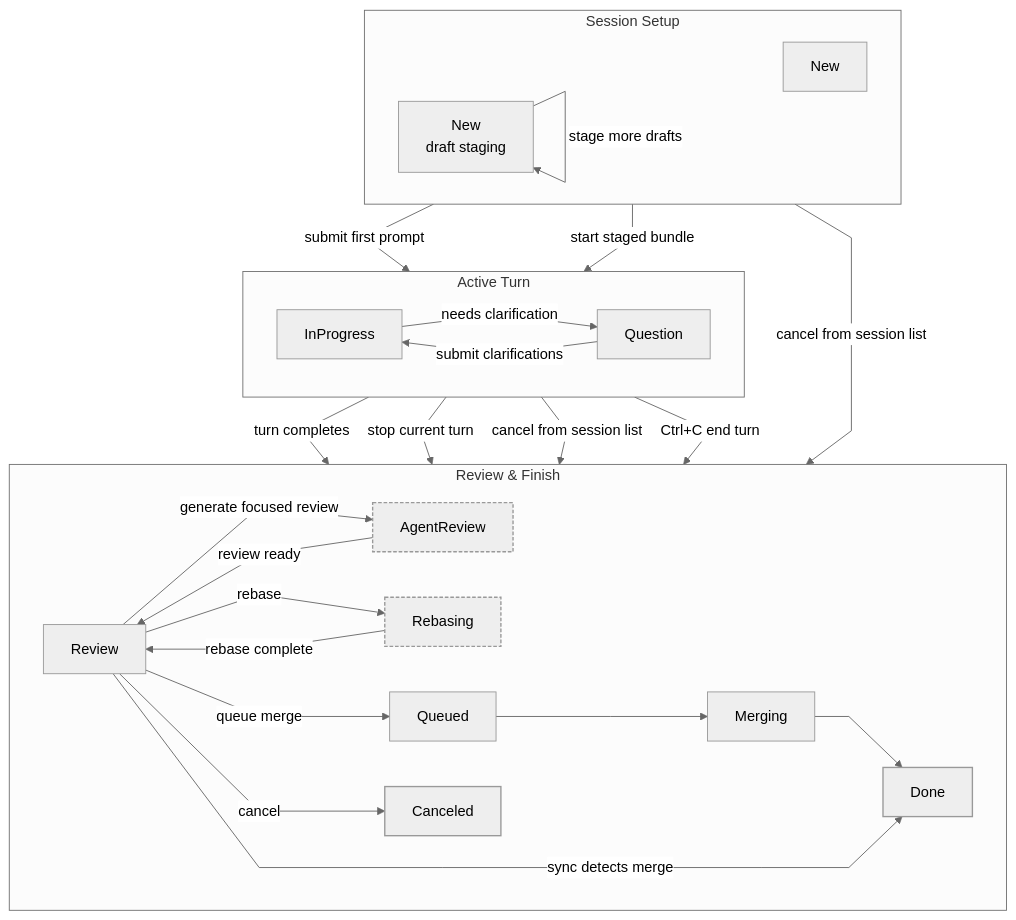
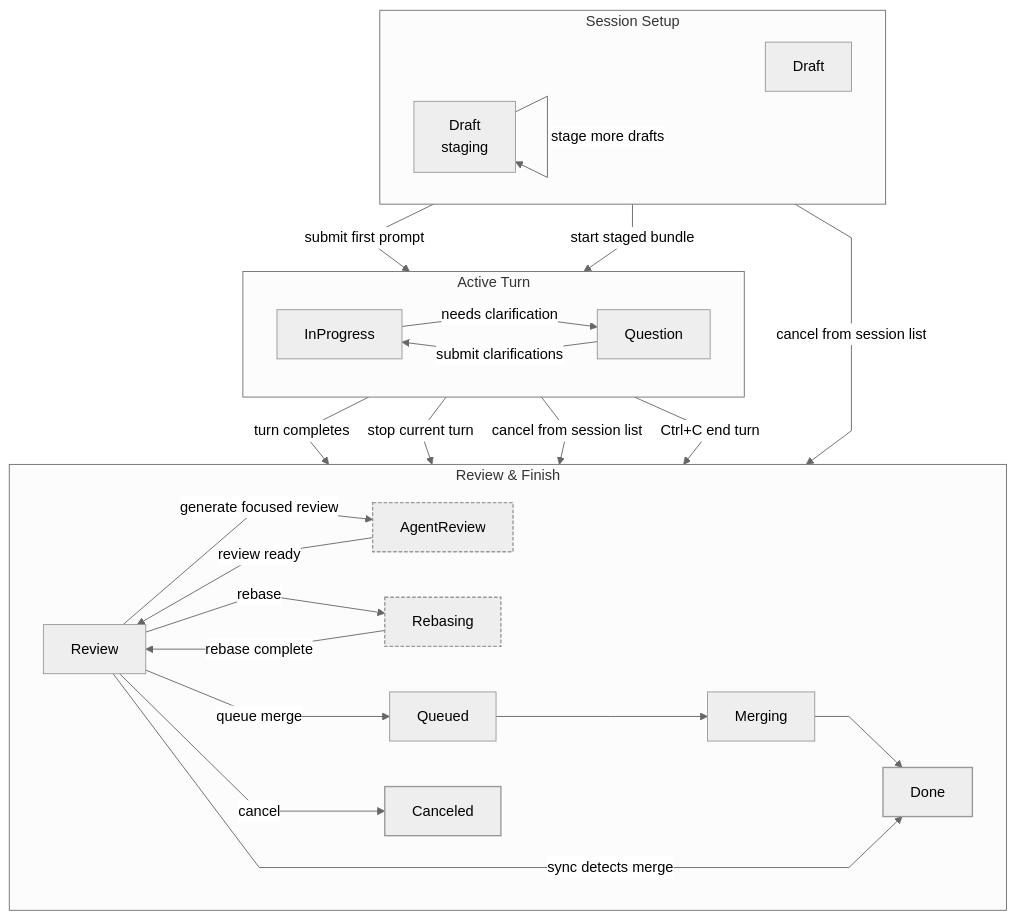
Before and after one commit to agentty-xyz/agentty: the diagram in docs/site/content/docs/usage/workflow.md, drawn with Mermaid (neutral theme). The commit also changed other lines of this file and 25 other files, not shown here.

````diff
--- a/docs/site/content/docs/usage/workflow.md
+++ b/docs/site/content/docs/usage/workflow.md
@@ -261,54 +261,54 @@
 ```mermaid
 %%{init: { "flowchart": { "curve": "linear" } } }%%
 flowchart TB
   classDef auxiliary stroke-dasharray: 4 2,stroke-width: 1.5px;
   classDef terminal stroke-width: 1.5px;
 
   subgraph start["Session Setup"]
     direction LR
-    new_regular["New"]
-    new_draft["New<br/>draft staging"]
+    new_regular["Draft"]
+    new_draft["Draft<br/>staging"]
   end
 
   subgraph active["Active Turn"]
     direction LR
     in_progress["InProgress"]
     question["Question"]
   end
 
   subgraph finish["Review & Finish"]
     direction LR
     review["Review"]
     agent_review["AgentReview"]
     rebasing["Rebasing"]
     queued["Queued"]
     merging["Merging"]
     done["Done"]
     canceled["Canceled"]
   end
 
   new_regular -->|submit first prompt| in_progress
   new_draft -->|stage more drafts| new_draft
   new_draft -->|start staged bundle| in_progress
   new_draft -->|cancel from session list| canceled
 
   in_progress -->|turn completes| review
   in_progress -->|needs clarification| question
   in_progress -->|stop current turn| review
   in_progress -->|cancel from session list| canceled
   question -->|submit clarifications| in_progress
   question -->|Ctrl+C end turn| review
 
   review -->|generate focused review| agent_review
   agent_review -->|review ready| review
   review -->|rebase| rebasing
   rebasing -->|rebase complete| review
   review -->|queue merge| queued
   queued --> merging
   merging --> done
   review -->|cancel| canceled
   review -->|sync detects merge| done
 
   class agent_review,rebasing auxiliary
   class done,canceled terminal
 ```
````
